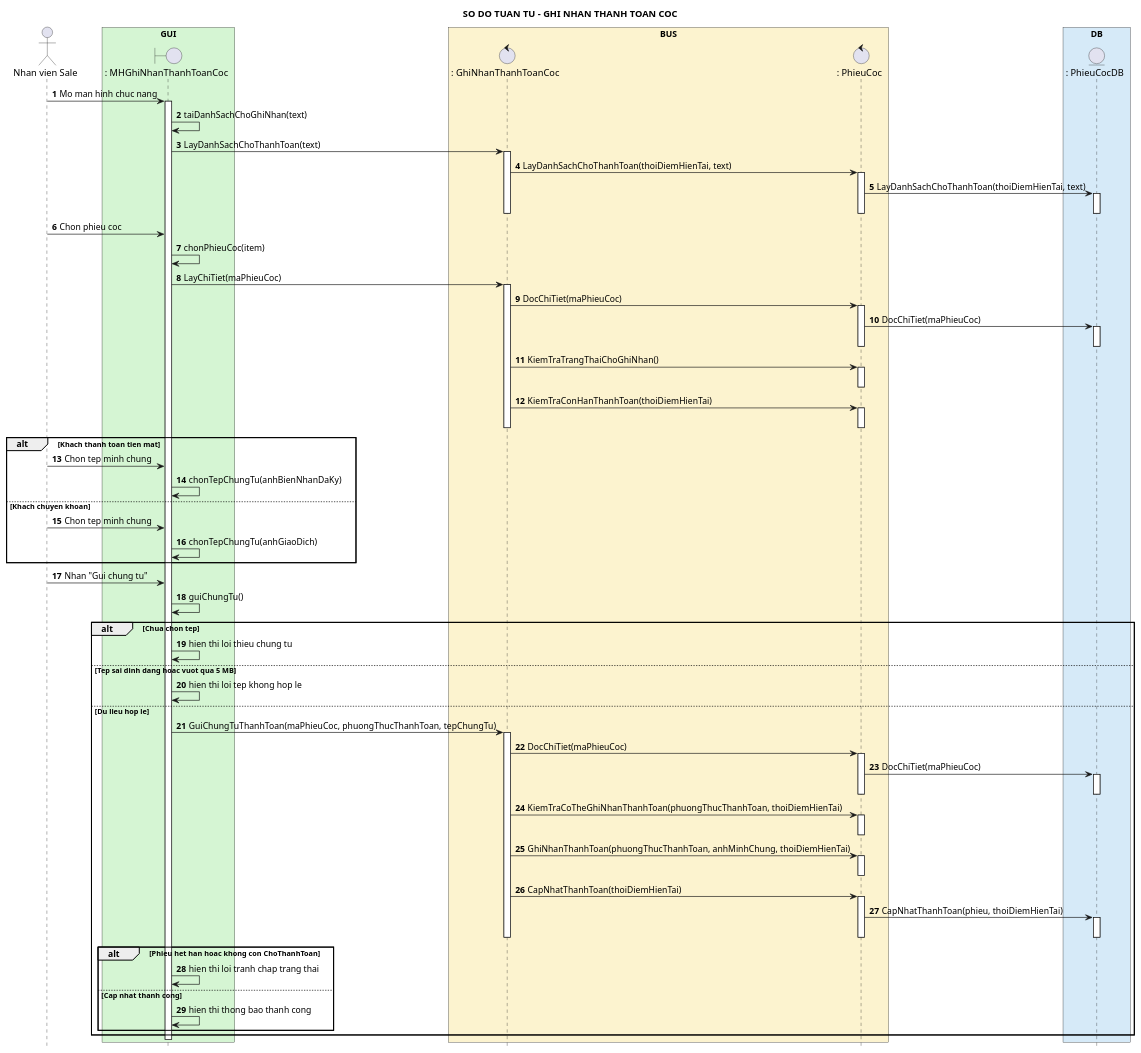
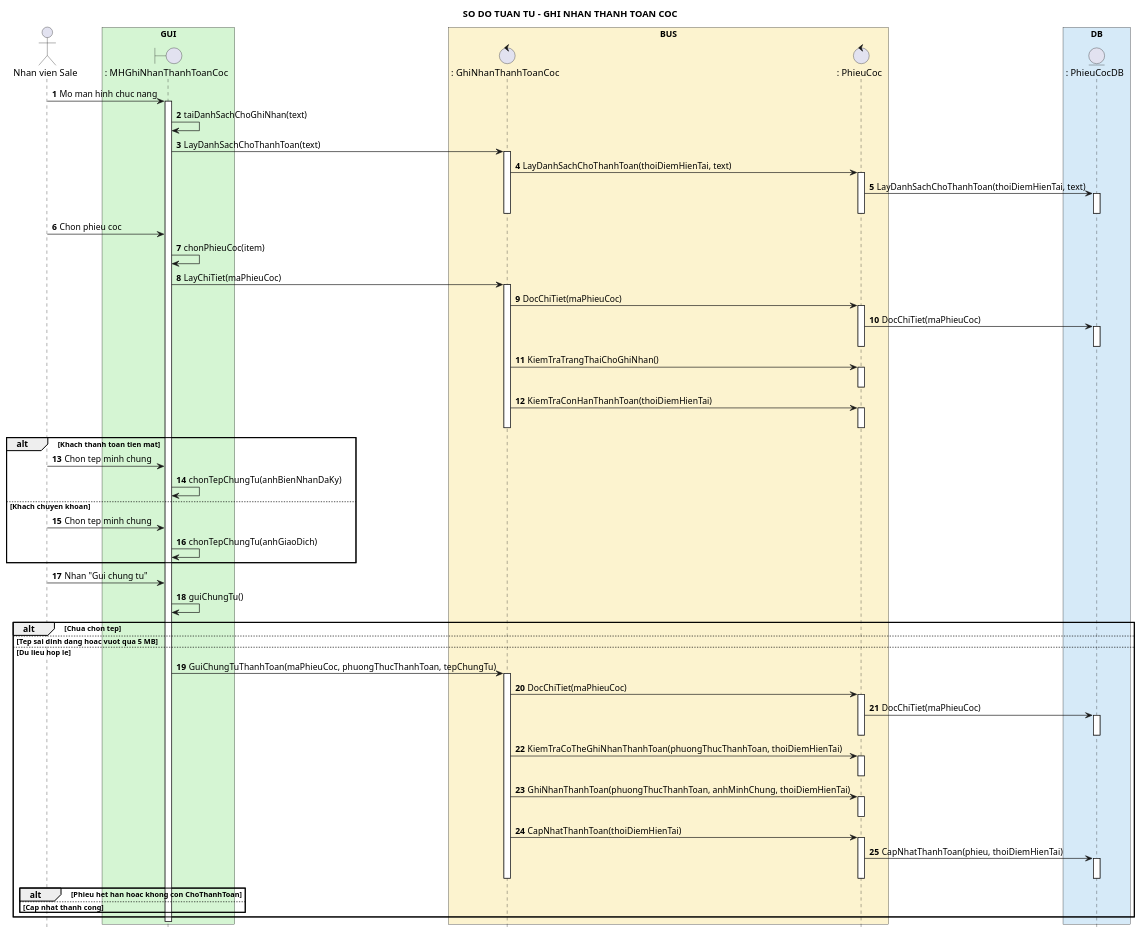
One commit to Ming1309/HomeStay-Dorm changed the diagram in docs/uml/ghi-nhan-thanh-toan-coc-sequence.puml. Above: the diagram before and after it, drawn with PlantUML. The commit also changed 41 other files, not shown here.

Commit message:
docs(uml): synchronize class and sequence diagrams with branch scope BLL parameters

```diff
--- a/docs/uml/ghi-nhan-thanh-toan-coc-sequence.puml
+++ b/docs/uml/ghi-nhan-thanh-toan-coc-sequence.puml
@@ -1,98 +1,94 @@
 @startuml
 title SO DO TUAN TU - GHI NHAN THANH TOAN COC
 
 hide footbox
 autonumber 1 1
 skinparam shadowing false
 
 actor "Nhan vien Sale" as NV
 
 box "GUI" #D5F5D3
 boundary ": MHGhiNhanThanhToanCoc" as MH
 end box
 
 box "BUS" #FCF3CF
 control ": GhiNhanThanhToanCoc" as GNTT
 control ": PhieuCoc" as PC
 end box
 
 box "DB" #D6EAF8
 entity ": PhieuCocDB" as PCDB
 end box
 
 NV -> MH : Mo man hinh chuc nang
 activate MH
 MH -> MH : taiDanhSachChoGhiNhan(text)
 MH -> GNTT : LayDanhSachChoThanhToan(text)
 activate GNTT
 GNTT -> PC : LayDanhSachChoThanhToan(thoiDiemHienTai, text)
 activate PC
 PC -> PCDB : LayDanhSachChoThanhToan(thoiDiemHienTai, text)
 activate PCDB
 
 deactivate PCDB
 deactivate PC
 deactivate GNTT
 NV -> MH : Chon phieu coc
 MH -> MH : chonPhieuCoc(item)
 MH -> GNTT : LayChiTiet(maPhieuCoc)
 activate GNTT
 GNTT -> PC : DocChiTiet(maPhieuCoc)
 activate PC
 PC -> PCDB : DocChiTiet(maPhieuCoc)
 activate PCDB
 deactivate PCDB
 deactivate PC
 GNTT -> PC : KiemTraTrangThaiChoGhiNhan()
 activate PC
 deactivate PC
 GNTT -> PC : KiemTraConHanThanhToan(thoiDiemHienTai)
 activate PC
 
 alt Khach thanh toan tien mat
 deactivate PC
 deactivate GNTT
   NV -> MH : Chon tep minh chung
   MH -> MH : chonTepChungTu(anhBienNhanDaKy)
 else Khach chuyen khoan
   NV -> MH : Chon tep minh chung
   MH -> MH : chonTepChungTu(anhGiaoDich)
 end
 
 NV -> MH : Nhan "Gui chung tu"
 MH -> MH : guiChungTu()
 alt Chua chon tep
-  MH -> MH : hien thi loi thieu chung tu
 else Tep sai dinh dang hoac vuot qua 5 MB
-  MH -> MH : hien thi loi tep khong hop le
 else Du lieu hop le
   MH -> GNTT : GuiChungTuThanhToan(maPhieuCoc, phuongThucThanhToan, tepChungTu)
   activate GNTT
   GNTT -> PC : DocChiTiet(maPhieuCoc)
   activate PC
   PC -> PCDB : DocChiTiet(maPhieuCoc)
   activate PCDB
 deactivate PCDB
 deactivate PC
   GNTT -> PC : KiemTraCoTheGhiNhanThanhToan(phuongThucThanhToan, thoiDiemHienTai)
   activate PC
 deactivate PC
   GNTT -> PC : GhiNhanThanhToan(phuongThucThanhToan, anhMinhChung, thoiDiemHienTai)
   activate PC
 deactivate PC
   GNTT -> PC : CapNhatThanhToan(thoiDiemHienTai)
   activate PC
   PC -> PCDB : CapNhatThanhToan(phieu, thoiDiemHienTai)
   activate PCDB
   alt Phieu het han hoac khong con ChoThanhToan
 deactivate PCDB
 deactivate PC
 deactivate GNTT
-    MH -> MH : hien thi loi tranh chap trang thai
   else Cap nhat thanh cong
-    MH -> MH : hien thi thong bao thanh cong
   end
 end
 
 deactivate MH
 @enduml
```
